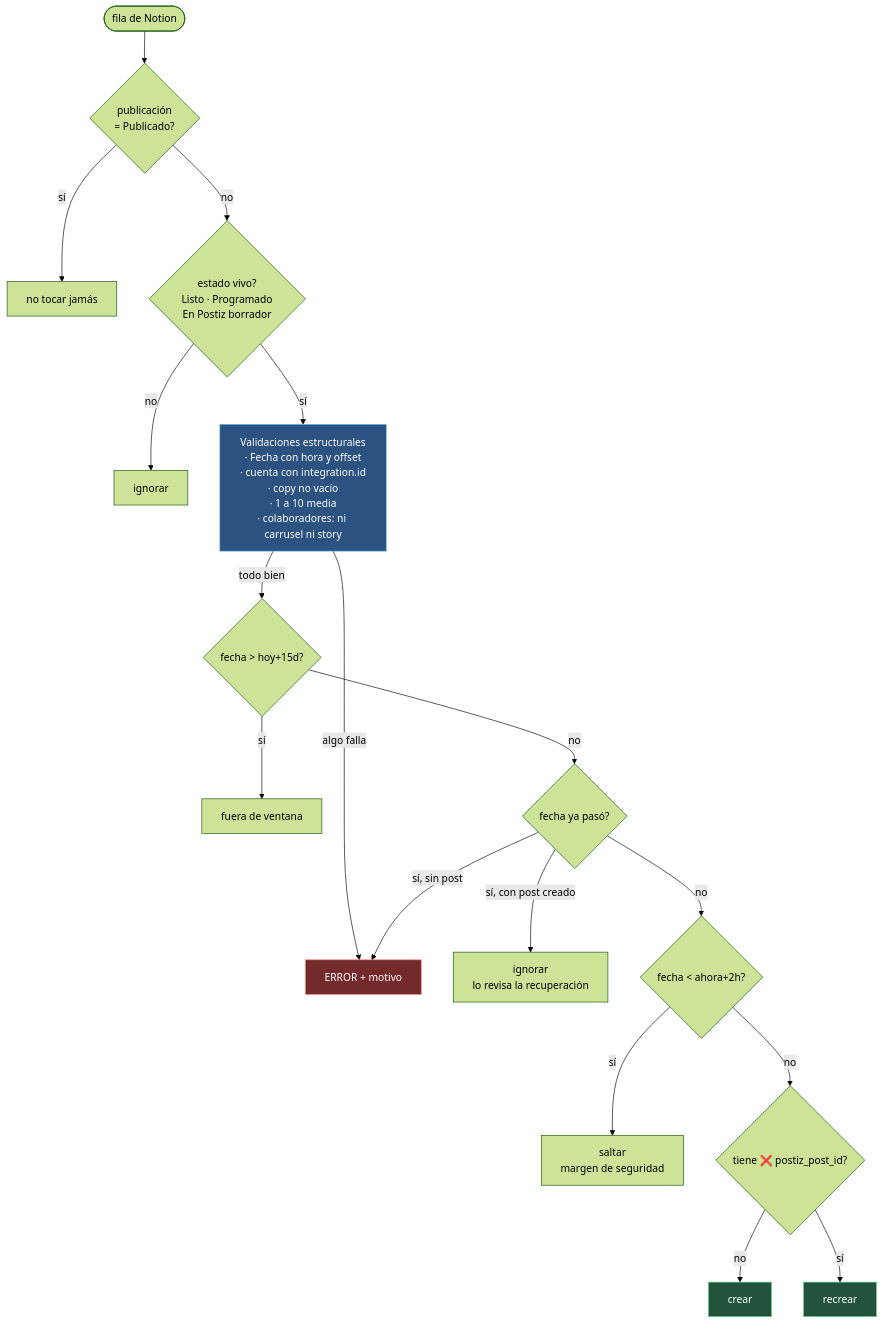
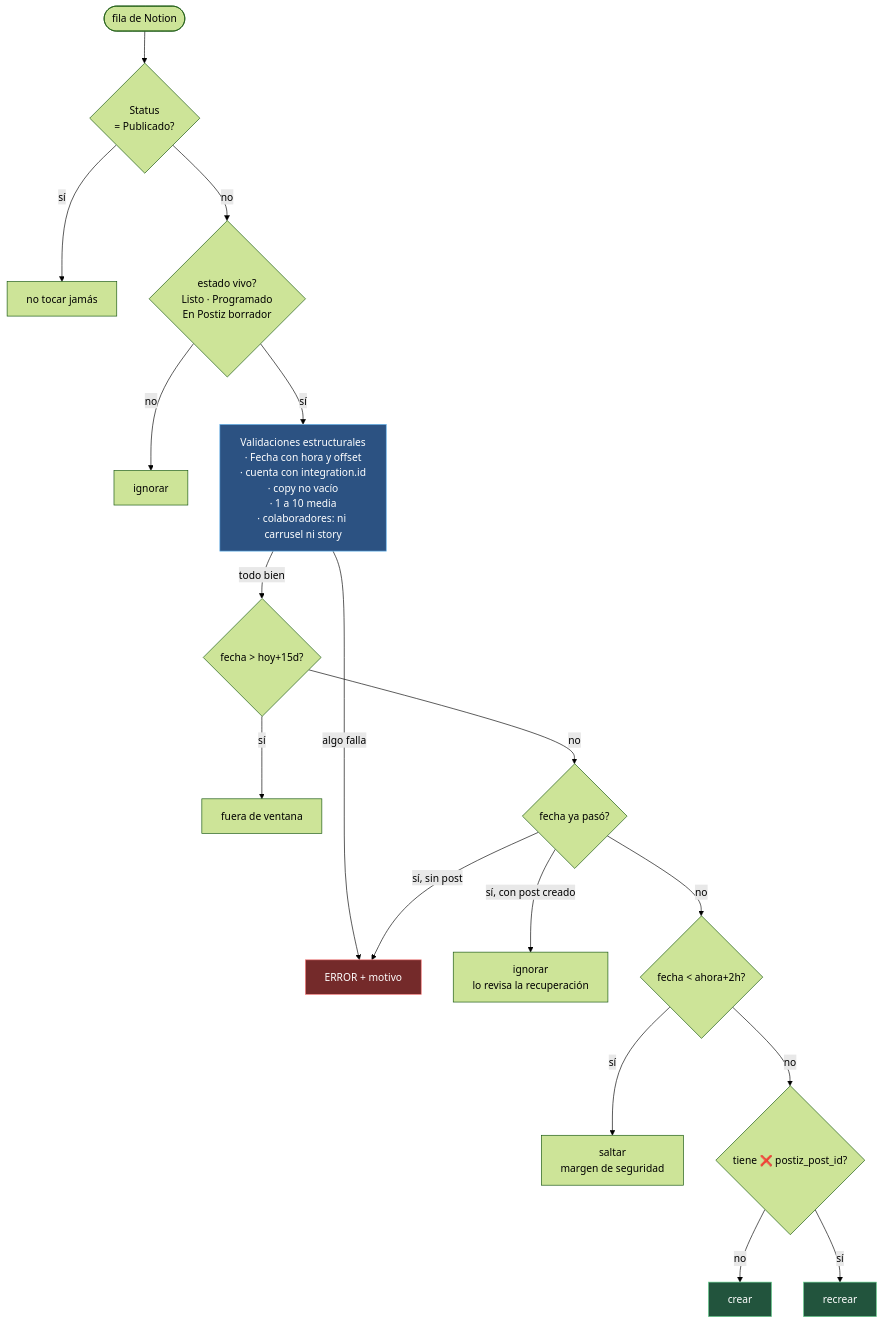
One commit to dustin-calderon/postiz-app changed the third of 11 diagrams in docs/architecture/CONTENT_PIPELINE_DIAGRAMS.md. Above: the diagram before and after it, drawn with Mermaid (forest theme). The commit also changed other lines of this file and 1 other file, not shown here.

````diff
--- a/docs/architecture/CONTENT_PIPELINE_DIAGRAMS.md
+++ b/docs/architecture/CONTENT_PIPELINE_DIAGRAMS.md
@@ -104,26 +104,26 @@
 ```mermaid
 flowchart TD
-    START(["fila de Notion"]) --> P1{"publicación<br/>= Publicado?"}
+    START(["fila de Notion"]) --> P1{"Status<br/>= Publicado?"}
     P1 -->|sí| NT["no tocar jamás"]
     P1 -->|no| P2{"estado vivo?<br/>Listo · Programado<br/>En Postiz borrador"}
     P2 -->|no| IG1["ignorar"]
 
     P2 -->|sí| V["Validaciones estructurales<br/>· Fecha con hora y offset<br/>· cuenta con integration.id<br/>· copy no vacío<br/>· 1 a 10 media<br/>· colaboradores: ni carrusel ni story"]
     V -->|"algo falla"| ERR["ERROR + motivo"]
 
     V -->|"todo bien"| W{"fecha > hoy+15d?"}
     W -->|sí| FV["fuera de ventana"]
     W -->|no| PA{"fecha ya pasó?"}
     PA -->|"sí, con post creado"| REC["ignorar<br/>lo revisa la recuperación"]
     PA -->|"sí, sin post"| ERR
     PA -->|no| M{"fecha < ahora+2h?"}
     M -->|sí| SALT["saltar<br/>margen de seguridad"]
     M -->|no| CR{"tiene ❌ postiz_post_id?"}
     CR -->|no| CREAR["crear"]
     CR -->|sí| RECREAR["recrear"]
 
     style V fill:#2c5282,stroke:#63b3ed,color:#fff
     style ERR fill:#742a2a,stroke:#fc8181,color:#fff
     style CREAR fill:#22543d,stroke:#68d391,color:#fff
     style RECREAR fill:#22543d,stroke:#68d391,color:#fff
 ```
````
